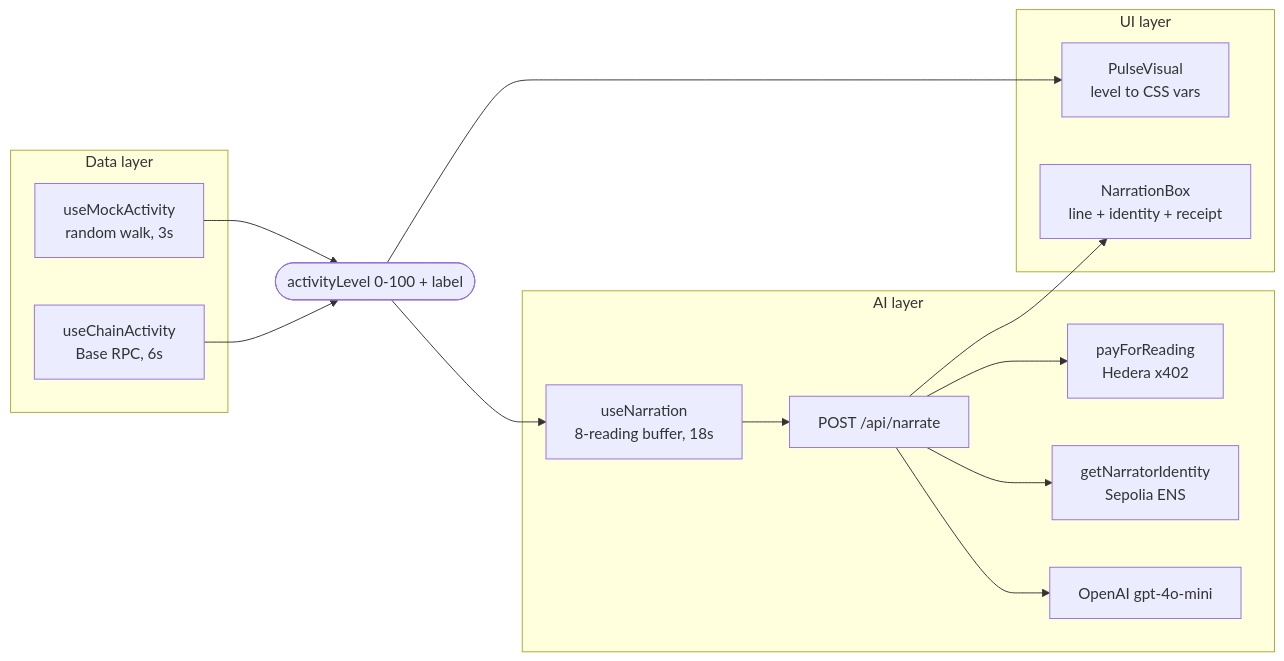
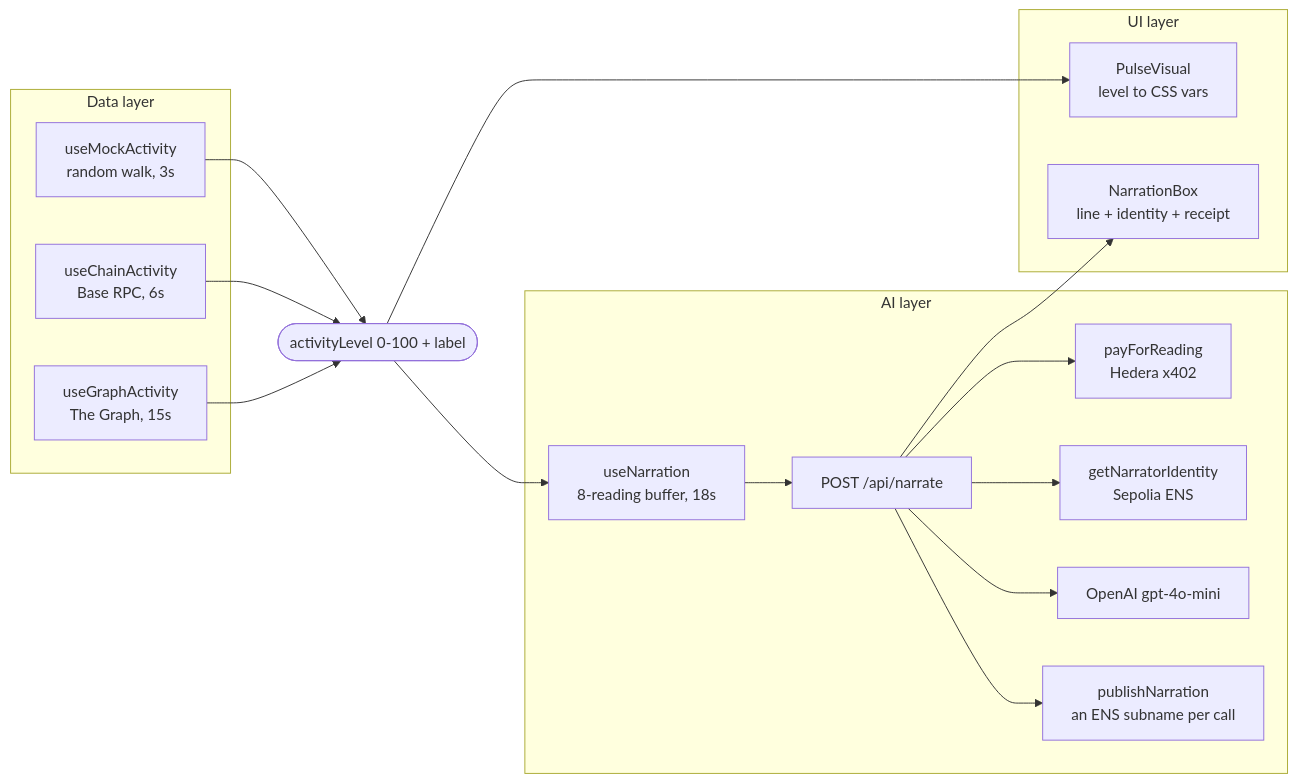
The first of 2 diagrams in README.md (tusharshah21/onchain-heartbeat), drawn with Mermaid before and after one commit. The commit also changed other lines of this file, not shown here.

First line of the commit message:
Bring the README's architecture diagram up to date

````diff
--- a/README.md
+++ b/README.md
@@ -39,32 +41,36 @@
 ```mermaid
 flowchart LR
   subgraph DATA["Data layer"]
+    feed["useGraphActivity<br/>The Graph, 15s"]
     chain["useChainActivity<br/>Base RPC, 6s"]
     mock["useMockActivity<br/>random walk, 3s"]
   end
 
   reading(["activityLevel 0-100 + label"])
 
   subgraph UI["UI layer"]
     pulse["PulseVisual<br/>level to CSS vars"]
     box["NarrationBox<br/>line + identity + receipt"]
   end
 
   subgraph AI["AI layer"]
     hook["useNarration<br/>8-reading buffer, 18s"]
     route["POST /api/narrate"]
     pay["payForReading<br/>Hedera x402"]
     ens["getNarratorIdentity<br/>Sepolia ENS"]
     llm["OpenAI gpt-4o-mini"]
+    post["publishNarration<br/>an ENS subname per call"]
   end
 
+  feed --> reading
   chain --> reading
   mock --> reading
   reading --> pulse
   reading --> hook
   hook --> route
   route --> pay
   route --> ens
   route --> llm
+  route --> post
   route --> box
 ```
````
